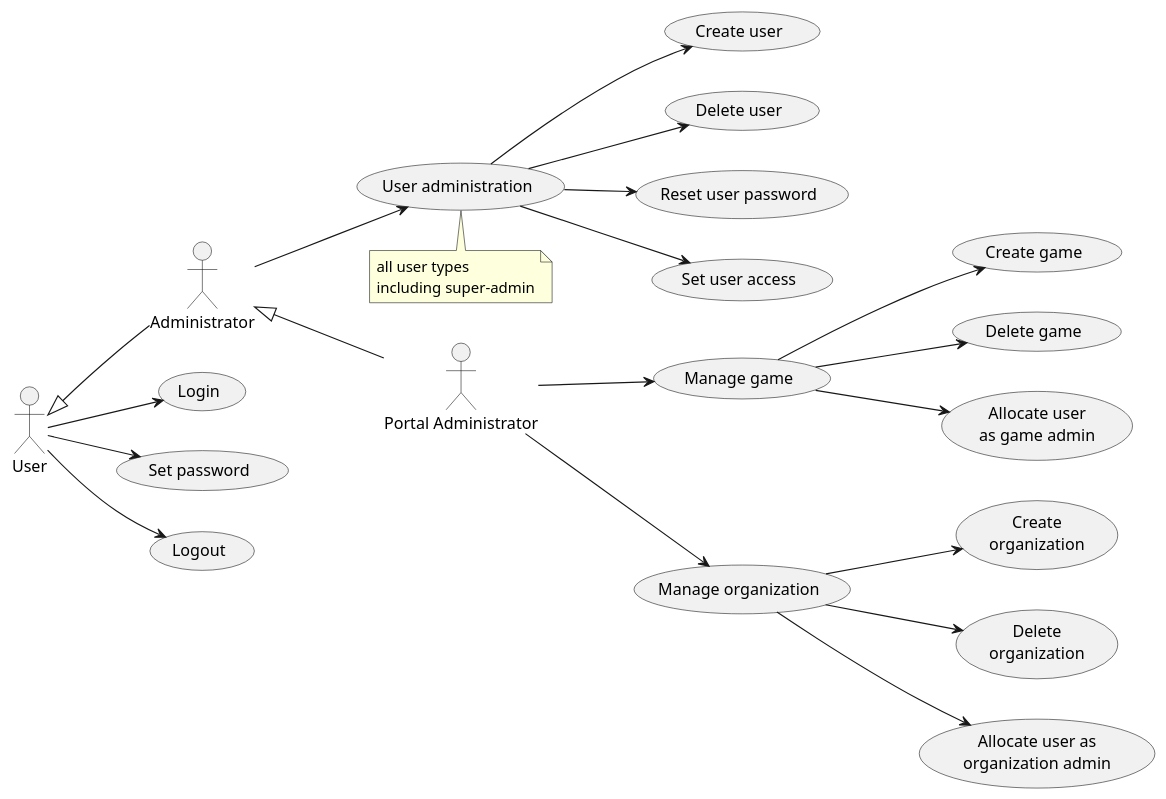
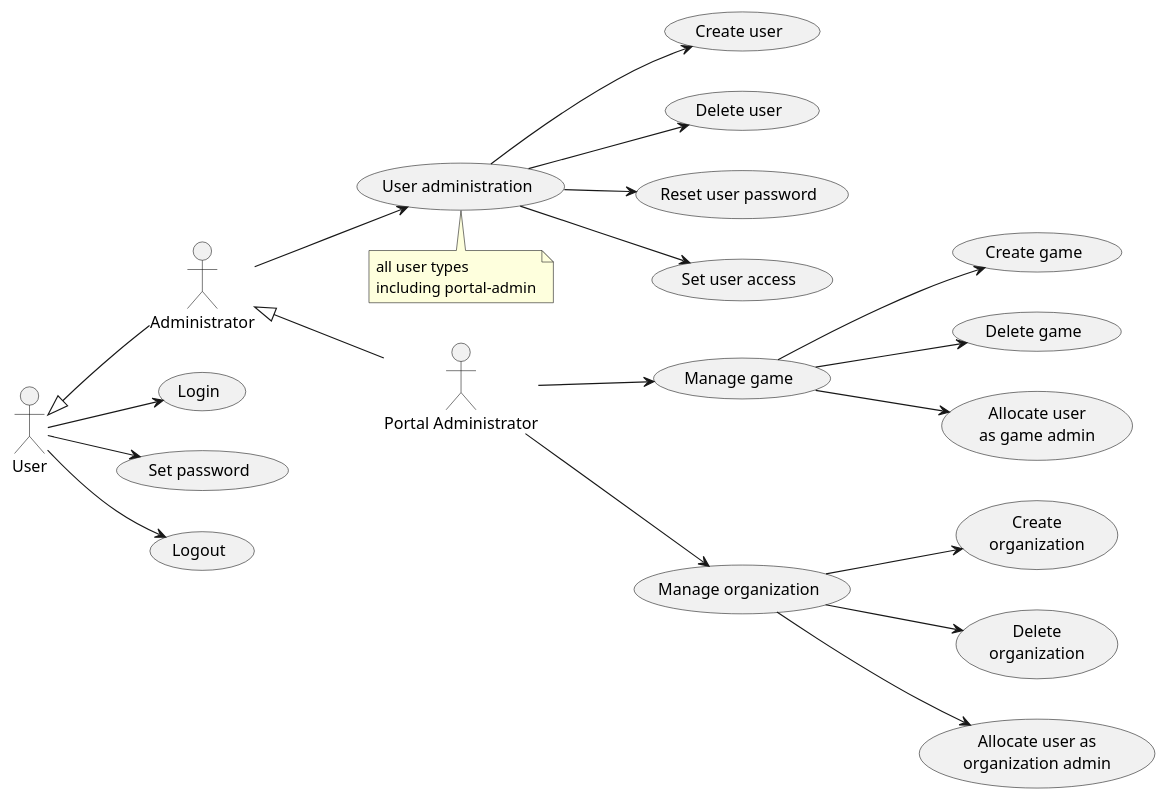
The diagram in doc/2-use-cases/diagrams/portal-administration.puml (averbraeck/gscg-design), drawn with PlantUML before and after one commit.

Commit message:
User type is portal admin, not super admin

```diff
--- a/doc/2-use-cases/diagrams/portal-administration.puml
+++ b/doc/2-use-cases/diagrams/portal-administration.puml
@@ -1,33 +1,33 @@
 @startuml
 left to right direction
  
 "Portal Administrator" as PA
 User <|-- Administrator
 Administrator <|-- PA
 
 User --> (Login)
 User --> (Set password)
 User --> (Logout)
 
 Administrator --> (User administration)
 note bottom
   all user types
-  including super-admin
+  including portal-admin
 end note
 
 (User administration) --> (Create user)
 (User administration) --> (Delete user)
 (User administration) --> (Reset user password)
 (User administration) --> (Set user access)
 
 PA --> (Manage game)
 (Manage game) --> (Create game)
 (Manage game) --> (Delete game)
 (Manage game) --> (Allocate user\nas game admin)
 
 PA --> (Manage organization)
 (Manage organization) --> (Create\norganization)
 (Manage organization) --> (Delete\norganization)
 (Manage organization) --> (Allocate user as\norganization admin)
 
 @enduml
```
